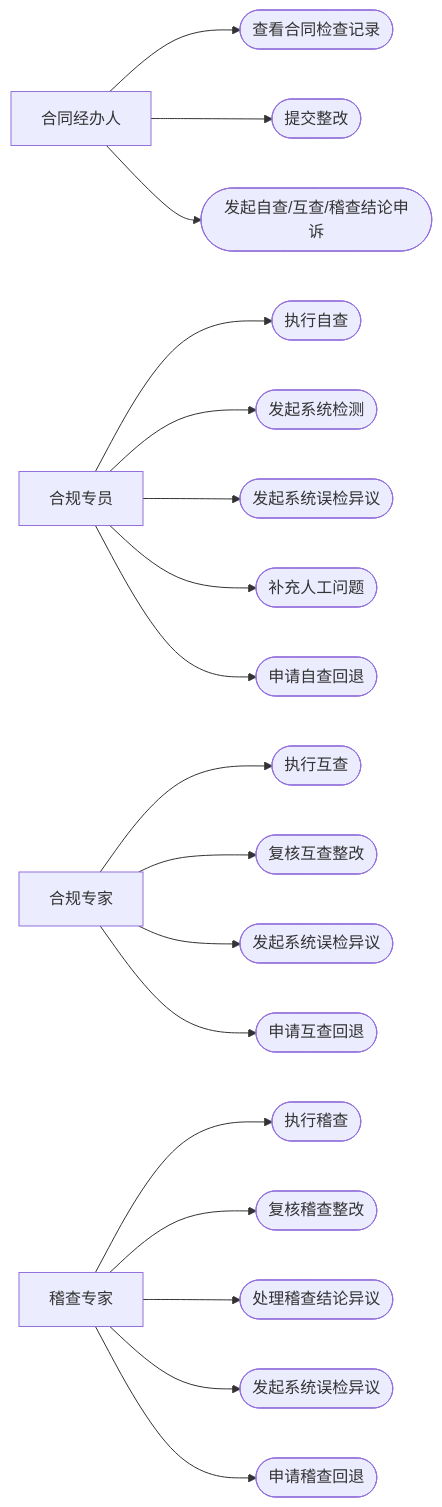
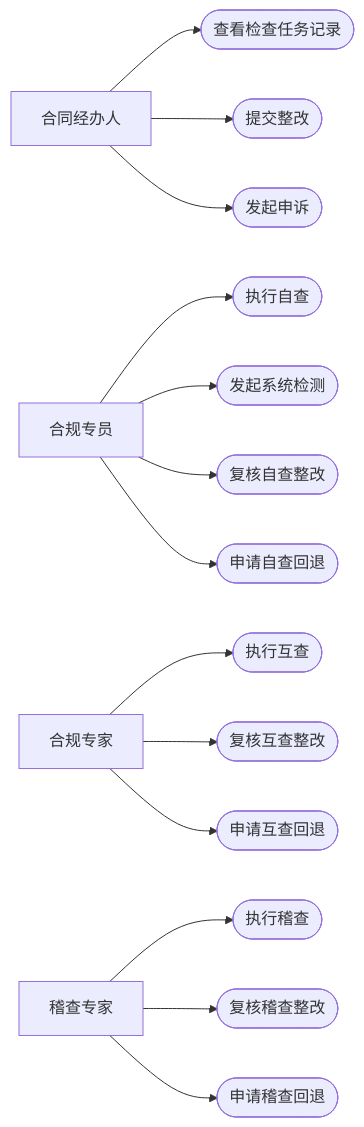
Before and after one commit to LRainD/LRainD.github.io: the first of 16 diagrams in axureMake/docs/四局一单一检/prd.md, drawn with Mermaid. The commit also changed other lines of this file and 25 other files, not shown here.

````diff
--- a/axureMake/docs/四局一单一检/prd.md
+++ b/axureMake/docs/四局一单一检/prd.md
@@ -133,28 +139,24 @@
 ```mermaid
 flowchart LR
     H[合同经办人]
     SC[合规专员]
     MC[合规专家]
     AC[稽查专家]
 
-    H --> H1([查看合同检查记录])
+    H --> H1([查看检查任务记录])
     H --> H2([提交整改])
-    H --> H3([发起自查/互查/稽查结论申诉])
+    H --> H3([发起申诉])
 
     SC --> SC1([执行自查])
     SC --> SC2([发起系统检测])
-    SC --> SC3([发起系统误检异议])
-    SC --> SC4([补充人工问题])
-    SC --> SC5([申请自查回退])
+    SC --> SC3([复核自查整改])
+    SC --> SC4([申请自查回退])
 
     MC --> MC1([执行互查])
     MC --> MC2([复核互查整改])
-    MC --> MC3([发起系统误检异议])
-    MC --> MC4([申请互查回退])
+    MC --> MC3([申请互查回退])
 
     AC --> AC1([执行稽查])
     AC --> AC2([复核稽查整改])
-    AC --> AC3([处理稽查结论异议])
-    AC --> AC4([发起系统误检异议])
-    AC --> AC5([申请稽查回退])
+    AC --> AC3([申请稽查回退])
 ```
````
